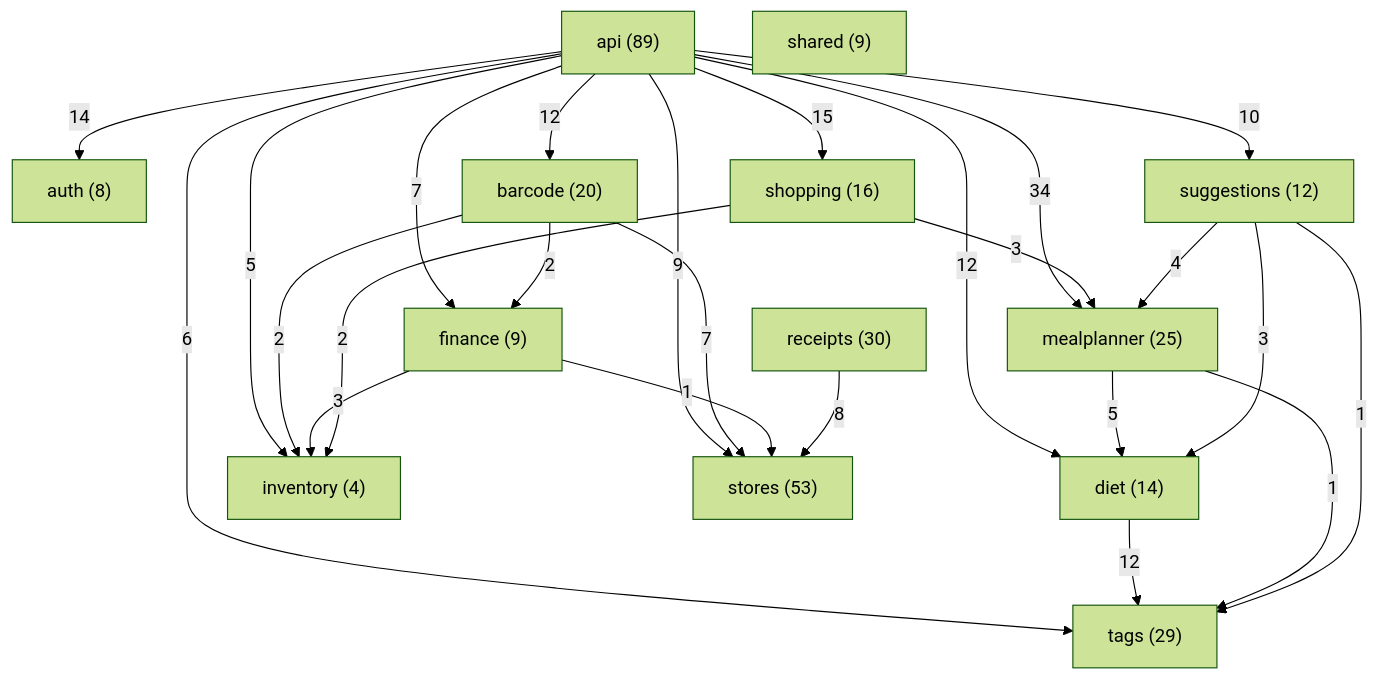
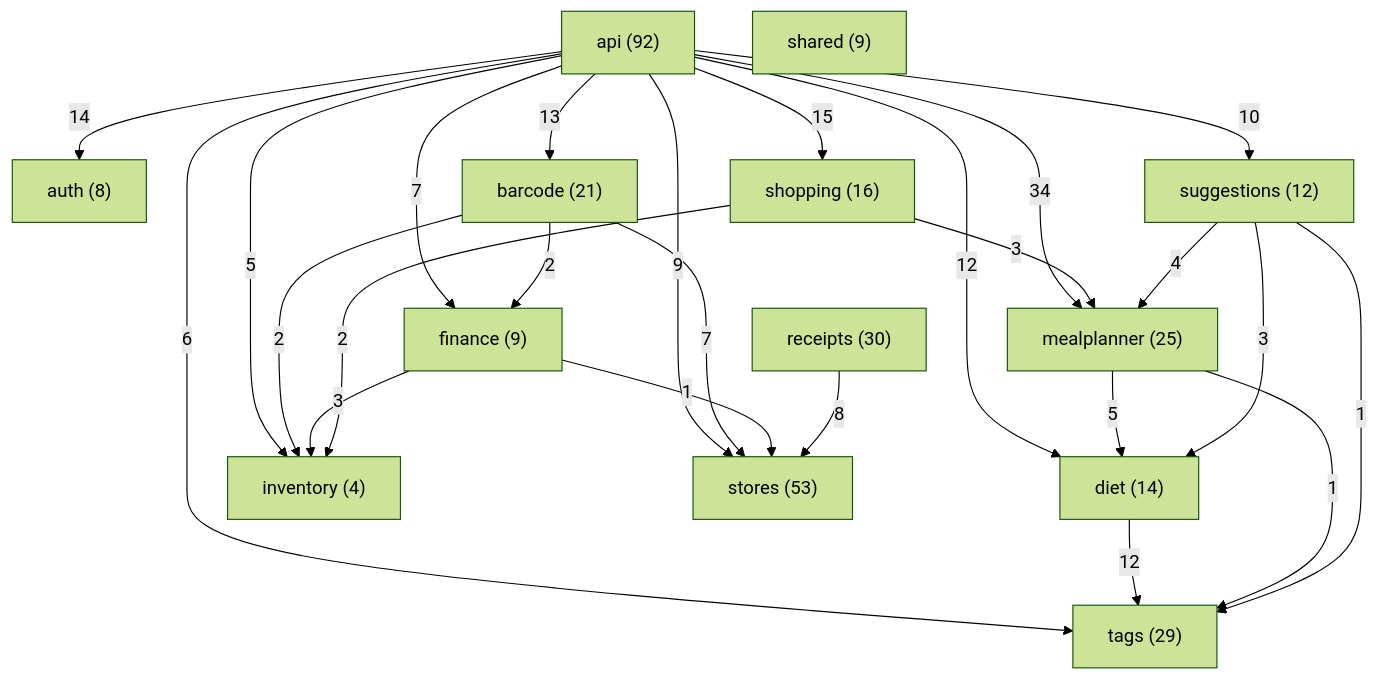
One commit to Nate-ryan-7690/dahaem changed the diagram in docs/classes/README.md. Above: the diagram before and after it, drawn with Mermaid (forest theme). The commit also changed other lines of this file and 3 other files, not shown here.

````diff
--- a/docs/classes/README.md
+++ b/docs/classes/README.md
@@ -9,40 +9,40 @@
 ```mermaid
 flowchart TD
-    api["api (89)"]
+    api["api (92)"]
     auth["auth (8)"]
-    barcode["barcode (20)"]
+    barcode["barcode (21)"]
     diet["diet (14)"]
     finance["finance (9)"]
     inventory["inventory (4)"]
     mealplanner["mealplanner (25)"]
     receipts["receipts (30)"]
     shared["shared (9)"]
     shopping["shopping (16)"]
     stores["stores (53)"]
     suggestions["suggestions (12)"]
     tags["tags (29)"]
     api -->|14| auth
-    api -->|12| barcode
+    api -->|13| barcode
     api -->|12| diet
     api -->|7| finance
     api -->|5| inventory
     api -->|34| mealplanner
     api -->|15| shopping
     api -->|9| stores
     api -->|10| suggestions
     api -->|6| tags
     barcode -->|2| finance
     barcode -->|2| inventory
     barcode -->|7| stores
     diet -->|12| tags
     finance -->|3| inventory
     finance -->|1| stores
     mealplanner -->|5| diet
     mealplanner -->|1| tags
     receipts -->|8| stores
     shopping -->|2| inventory
     shopping -->|3| mealplanner
     suggestions -->|3| diet
     suggestions -->|4| mealplanner
     suggestions -->|1| tags
 ```
````
